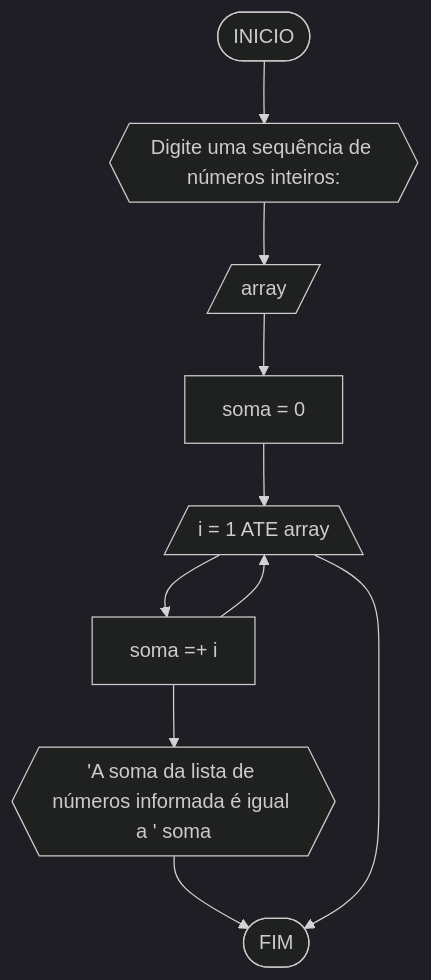
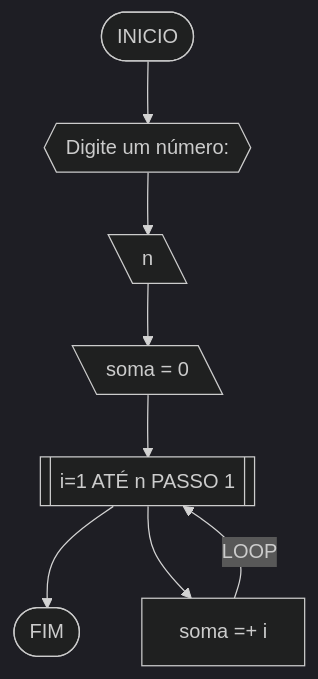
Before and after one commit to majuss8/ads-unifor: the second of 6 diagrams in RaciocinioLogicoAlgoritmico/lista_exercicios3.md, drawn with Mermaid (dark theme). The commit also changed other lines of this file, not shown here.

````diff
--- a/RaciocinioLogicoAlgoritmico/lista_exercicios3.md
+++ b/RaciocinioLogicoAlgoritmico/lista_exercicios3.md
@@ -93,12 +56,10 @@
 ```mermaid
 flowchart TD
-A([INICIO]) --> B{{"Digite uma sequência de números inteiros: "}}
-B --> C[/array/]
-C --> D[soma = 0]
-D --> E[/i = 1 ATE array\]
+A([INICIO]) --> B{{Digite um número: }}
+B --> C[\n\]
+C --> D[\soma = 0\]
+D --> E[[i=1 ATÉ n PASSO 1]]
+E --> G([FIM])
 E --> F[soma =+ i]
-F --> G{{'A soma da lista de números informada é igual a ' soma}}
-F --> E
-G --> H([FIM])
-E --> H
+F --LOOP--> E
 ```
````
